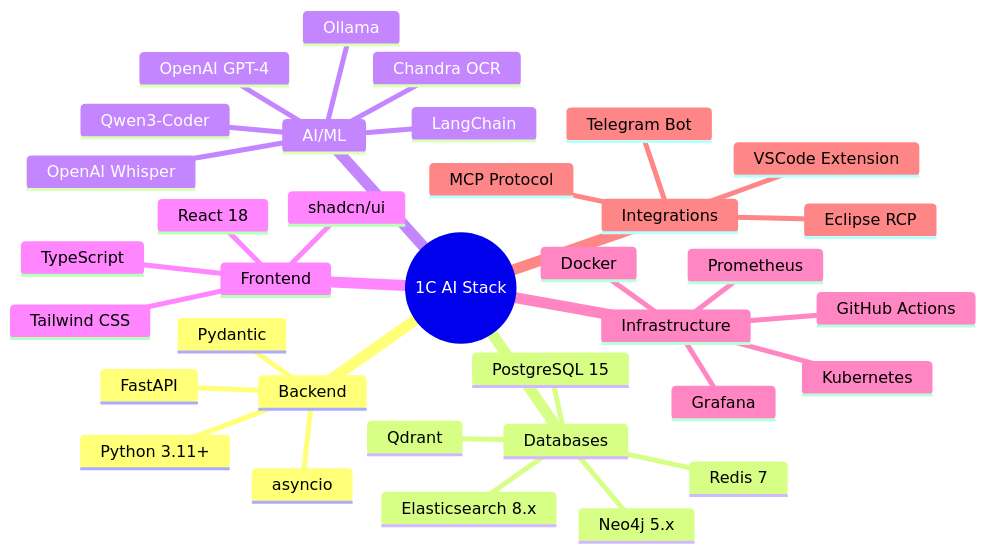
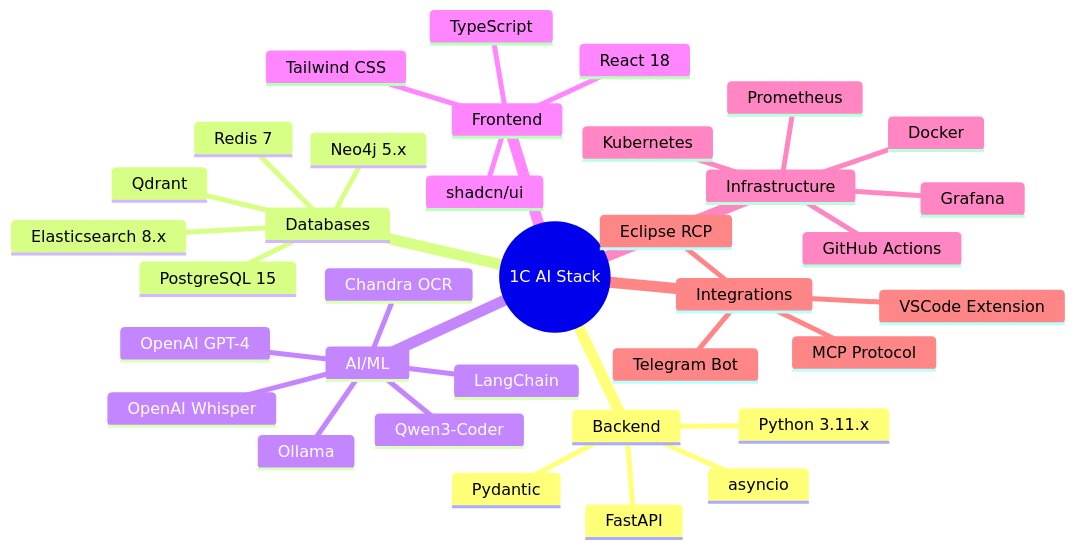
Diagram 11 of 13 in docs/09-archive/architecture-old/ARCHITECTURE_DIAGRAM.md (SandersNeo/1cai-public), drawn with Mermaid before and after one commit. The commit also changed 97 other files, not shown here.

````diff
--- a/docs/09-archive/architecture-old/ARCHITECTURE_DIAGRAM.md
+++ b/docs/09-archive/architecture-old/ARCHITECTURE_DIAGRAM.md
@@ -404,38 +404,38 @@
 ```mermaid
 mindmap
   root((1C AI Stack))
     Backend
-      Python 3.11+
+      Python 3.11.x
       FastAPI
       asyncio
       Pydantic
     Databases
       PostgreSQL 15
       Neo4j 5.x
       Qdrant
       Elasticsearch 8.x
       Redis 7
     AI/ML
       OpenAI GPT-4
       OpenAI Whisper
       Ollama
       Qwen3-Coder
       Chandra OCR
       LangChain
     Frontend
       React 18
       TypeScript
       Tailwind CSS
       shadcn/ui
     Infrastructure
       Docker
       Kubernetes
       Prometheus
       Grafana
       GitHub Actions
     Integrations
       Telegram Bot
       MCP Protocol
       Eclipse RCP
       VSCode Extension
 ```
````
